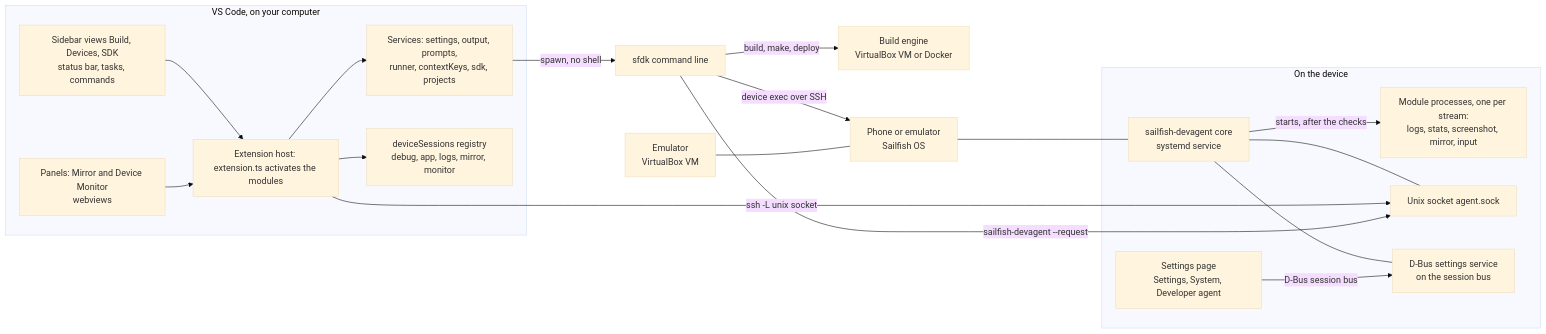
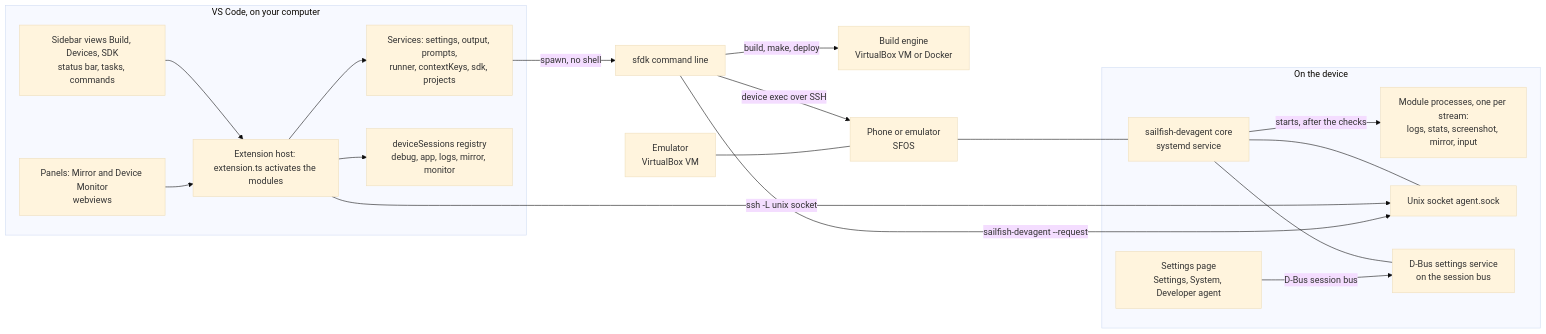
The first of 4 diagrams in docs/architecture.md (minhdangphuoc/sardina), drawn with Mermaid (base theme) before and after one commit. The commit also changed other lines of this file and 127 other files, not shown here.

````diff
--- a/docs/architecture.md
+++ b/docs/architecture.md
@@ -9,36 +9,36 @@
 ```mermaid
 flowchart LR
   subgraph VSC["VS Code, on your computer"]
     UI["Sidebar views Build, Devices, SDK<br/>status bar, tasks, commands"]
     PAN["Panels: Mirror and Device Monitor<br/>webviews"]
     EXT["Extension host: extension.ts activates the modules"]
     SVC["Services: settings, output, prompts,<br/>runner, contextKeys, sdk, projects"]
     REG["deviceSessions registry<br/>debug, app, logs, mirror, monitor"]
   end
   CLI["sfdk command line"]
   ENG["Build engine<br/>VirtualBox VM or Docker"]
   EMU["Emulator<br/>VirtualBox VM"]
-  DEV["Phone or emulator<br/>Sailfish OS"]
+  DEV["Phone or emulator<br/>SFOS"]
   subgraph ONDEV["On the device"]
     AG["sailfish-devagent core<br/>systemd service"]
     MOD["Module processes, one per stream:<br/>logs, stats, screenshot, mirror, input"]
     SOCK["Unix socket agent.sock"]
     DBUS["D-Bus settings service<br/>on the session bus"]
     SET["Settings page<br/>Settings, System, Developer agent"]
   end
   UI --> EXT
   PAN --> EXT
   EXT --> SVC
   EXT --> REG
   SVC -->|"spawn, no shell"| CLI
   CLI -->|"build, make, deploy"| ENG
   CLI -->|"device exec over SSH"| DEV
   EMU --- DEV
   DEV --- AG
   AG --- SOCK
   AG -->|"starts, after the checks"| MOD
   EXT -->|"ssh -L unix socket"| SOCK
   CLI -->|"sailfish-devagent --request"| SOCK
   AG --- DBUS
   SET -->|"D-Bus session bus"| DBUS
 ```
````
